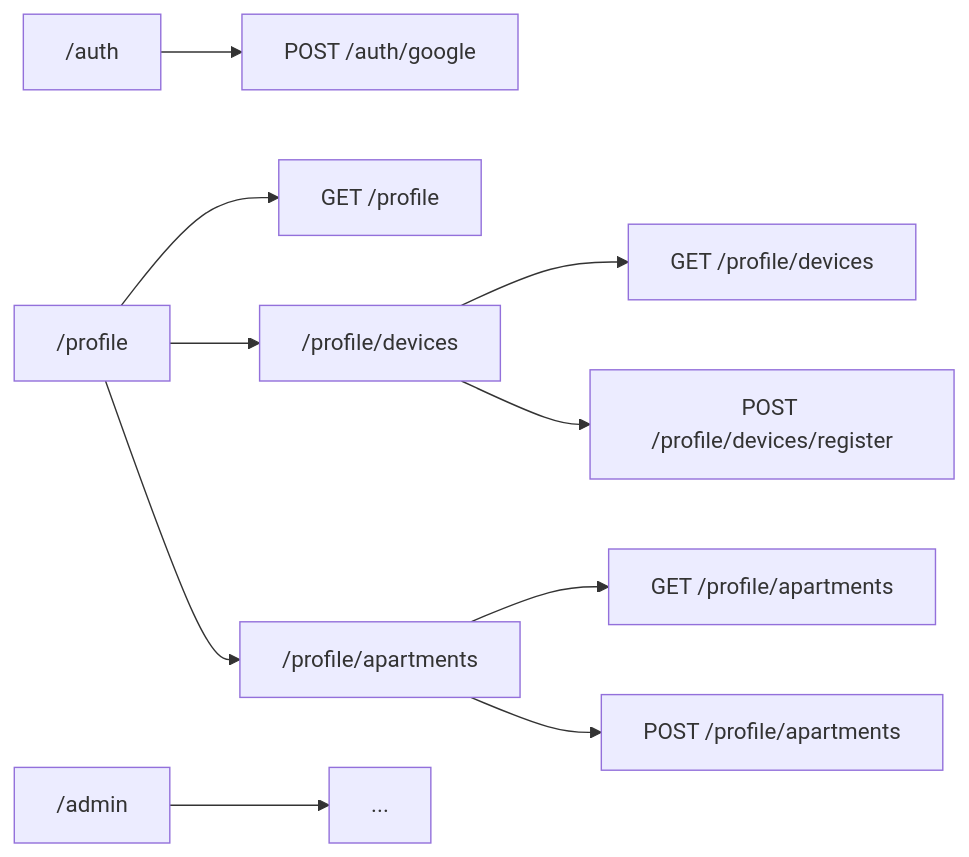
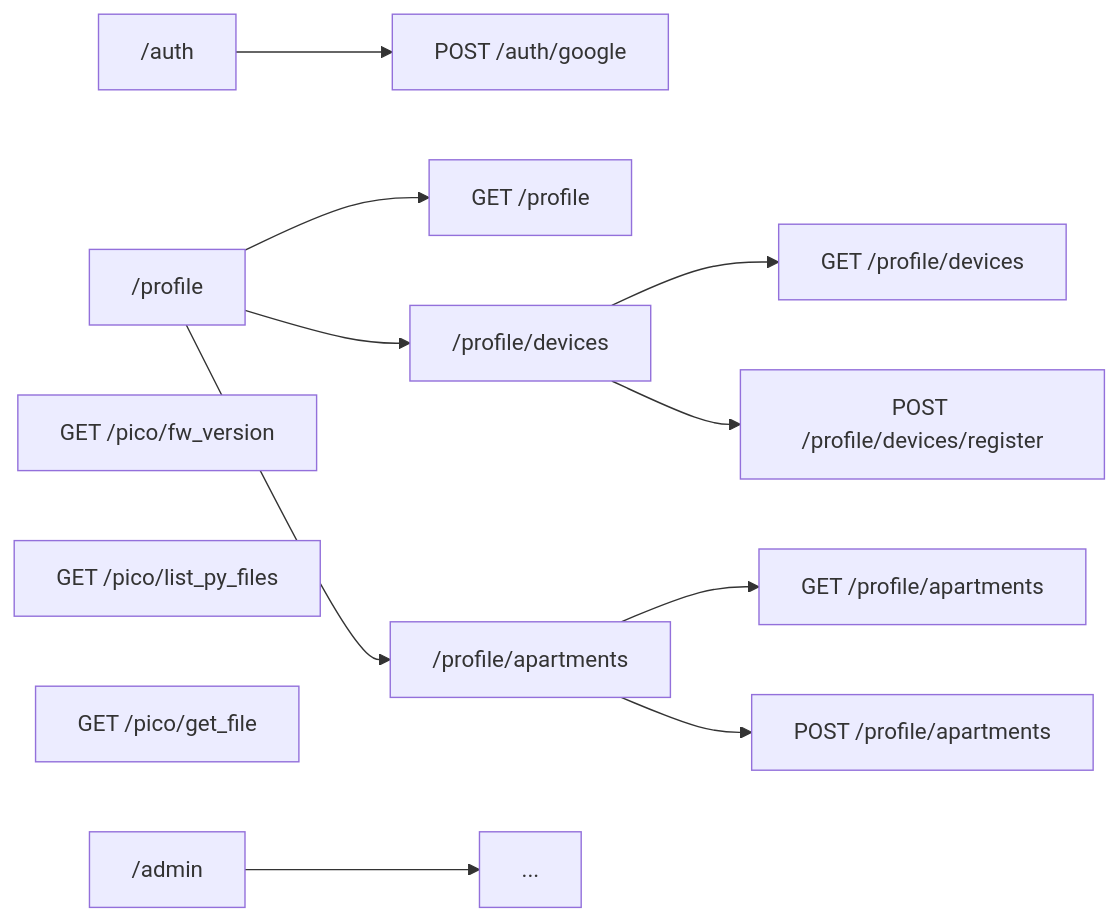
One commit to jonasfh/picobell changed the diagram in server/README.md. Above: the diagram before and after it, drawn with Mermaid.

````diff
--- a/server/README.md
+++ b/server/README.md
@@ -33,27 +33,31 @@
 ```mermaid
 flowchart LR
     A["/auth"]
     A1["POST /auth/google"]
 
     B["/profile"]
     B1["GET /profile"]
     B2["/profile/devices"]
     B21["GET /profile/devices"]
     B22["POST /profile/devices/register"]
     B3["/profile/apartments"]
     B31["GET /profile/apartments"]
     B32["POST /profile/apartments"]
+    B4["GET /pico/fw_version"]
+    B5["GET /pico/list_py_files"]
+    B6["GET /pico/get_file"]
+
 
     C["/admin"]
     C1["..."]
 
     A --> A1
     B --> B1
     B --> B2
     B2 --> B21
     B2 --> B22
     B --> B3
     B3 --> B31
     B3 --> B32
     C --> C1
 ```
````
